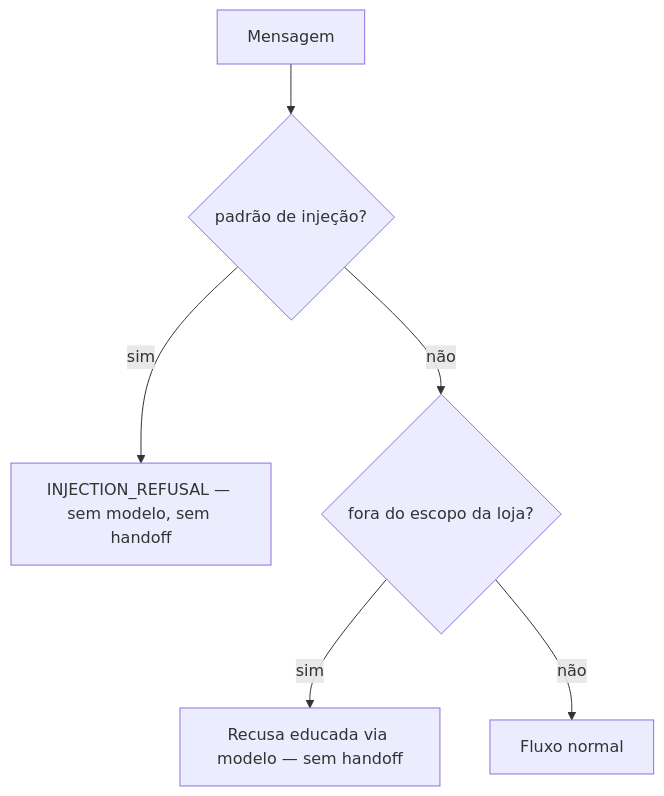
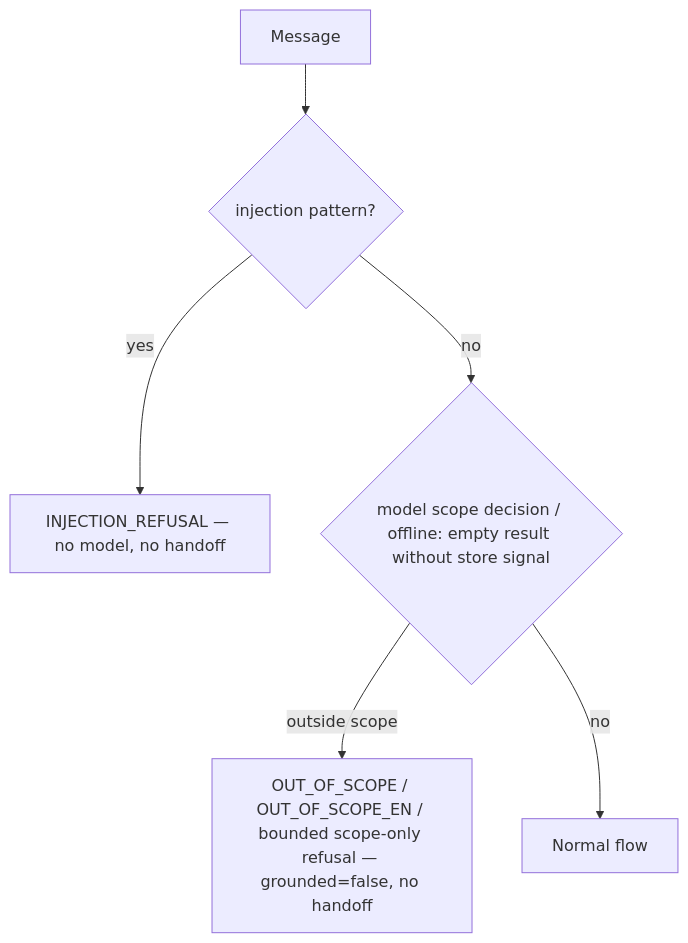
One commit to antonioreal97/Artefact_case changed the seventh of 9 diagrams in docs/customer-service-flows.md. Above: the diagram before and after it, drawn with Mermaid. The commit also changed other lines of this file and 47 other files, not shown here.

Commit message:
English delivery: out-of-scope refusal without handoff, English-customer fixes (commerce-privacy-v9), docs translated to English, bilingual demo conversations

````diff
--- a/docs/customer-service-flows.md
+++ b/docs/customer-service-flows.md
@@ -221,8 +225,8 @@
 ```mermaid
 flowchart TD
-  msg["Mensagem"] --> inj{"padrão de injeção?"}
-  inj -->|"sim"| refuse["INJECTION_REFUSAL — sem modelo, sem handoff"]
-  inj -->|"não"| scope{"fora do escopo da loja?"}
-  scope -->|"sim"| polite["Recusa educada via modelo — sem handoff"]
-  scope -->|"não"| normal["Fluxo normal"]
+  msg["Message"] --> inj{"injection pattern?"}
+  inj -->|"yes"| refuse["INJECTION_REFUSAL — no model, no handoff"]
+  inj -->|"no"| scope{"model scope decision / offline: empty result without store signal"}
+  scope -->|"outside scope"| polite["OUT_OF_SCOPE / OUT_OF_SCOPE_EN / bounded scope-only refusal — grounded=false, no handoff"]
+  scope -->|"no"| normal["Normal flow"]
 ```
````
